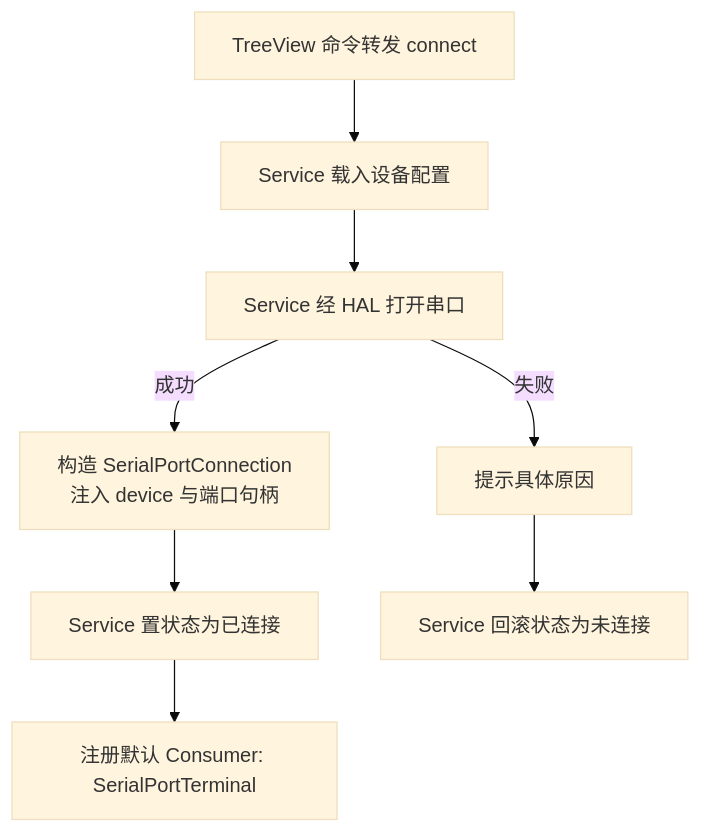
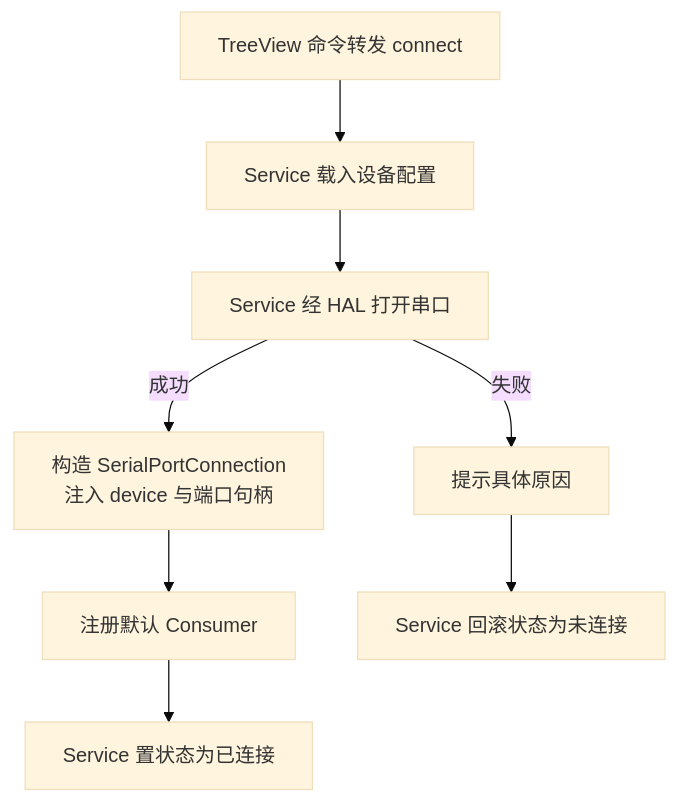
The second of 3 diagrams in doc/SerialPortConnection设计.md (ziqiang-zhu/vscode-serial-port-terminal), drawn with Mermaid (base theme) before and after one commit. The commit also changed other lines of this file and 10 other files, not shown here.

````diff
--- a/doc/SerialPortConnection设计.md
+++ b/doc/SerialPortConnection设计.md
@@ -63,10 +65,10 @@
 ```mermaid
 flowchart TD
     A[TreeView 命令转发 connect] --> B[Service 载入设备配置]
     B --> C[Service 经 HAL 打开串口]
     C -->|成功| D[构造 SerialPortConnection\n注入 device 与端口句柄]
-    D --> E[Service 置状态为已连接]
-    E --> F[注册默认 Consumer: SerialPortTerminal]
+    D --> E[注册默认 Consumer]
+    E --> F[Service 置状态为已连接]
     C -->|失败| G[提示具体原因]
     G --> H[Service 回滚状态为未连接]
 ```
````
